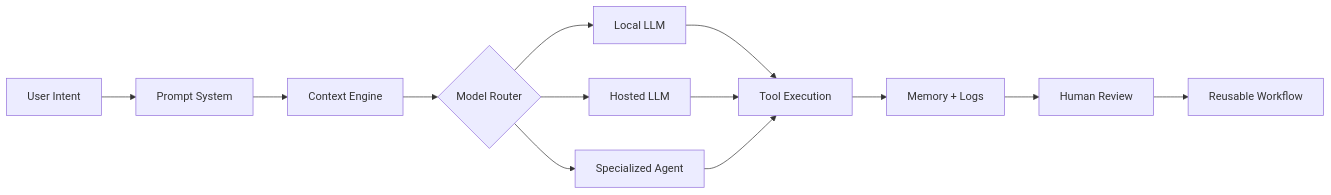
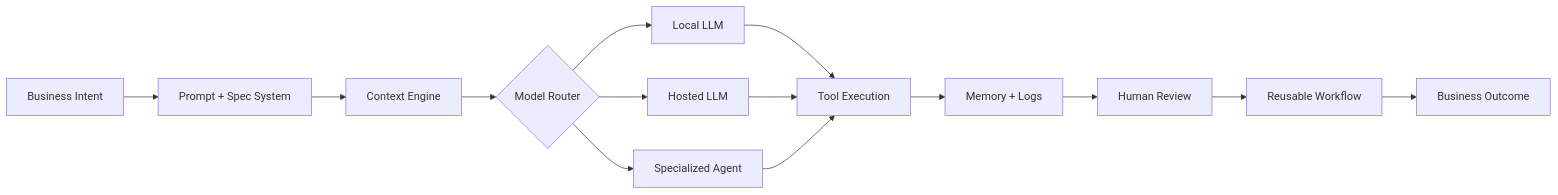
Before and after one commit to MahaKoala/MahaKoala: the second of 7 diagrams in README.md, drawn with Mermaid. The commit also changed other lines of this file, not shown here.

````diff
--- a/README.md
+++ b/README.md
@@ -157,15 +152,16 @@
 ```mermaid
 flowchart LR
-    A[User Intent] --> B[Prompt System]
+    A[Business Intent] --> B[Prompt + Spec System]
     B --> C[Context Engine]
     C --> D{Model Router}
     D --> E[Local LLM]
     D --> F[Hosted LLM]
     D --> G[Specialized Agent]
     E --> H[Tool Execution]
     F --> H
     G --> H
     H --> I[Memory + Logs]
     I --> J[Human Review]
     J --> K[Reusable Workflow]
+    K --> L[Business Outcome]
 ```
````
